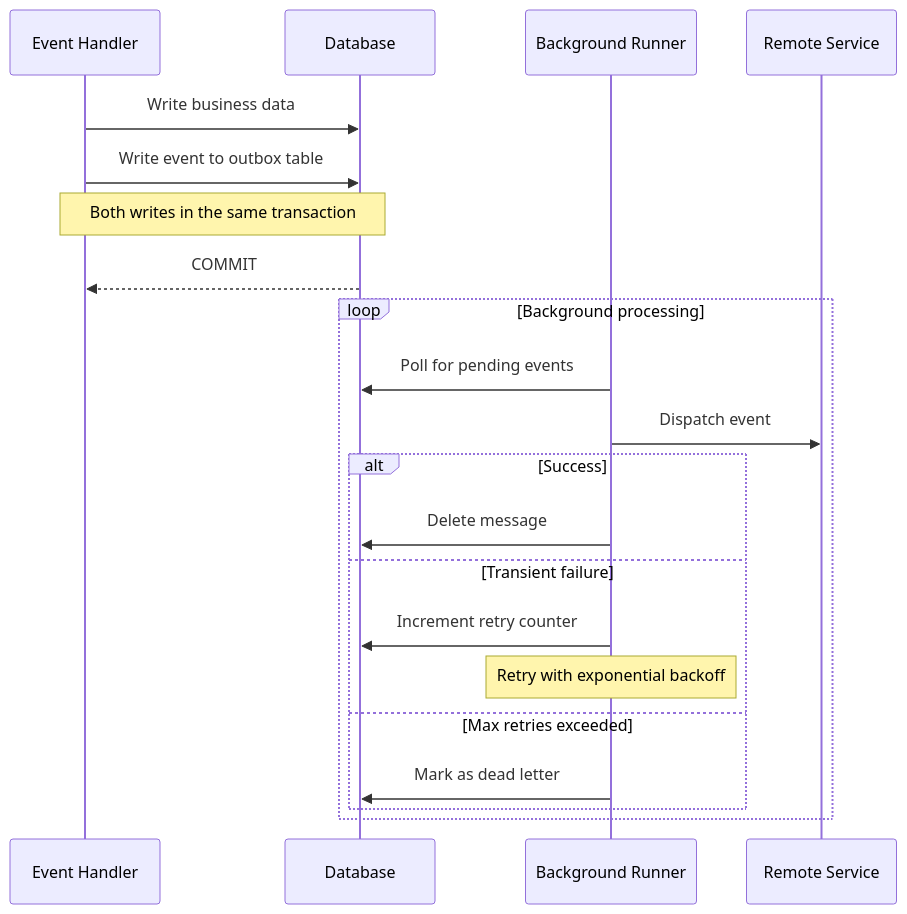
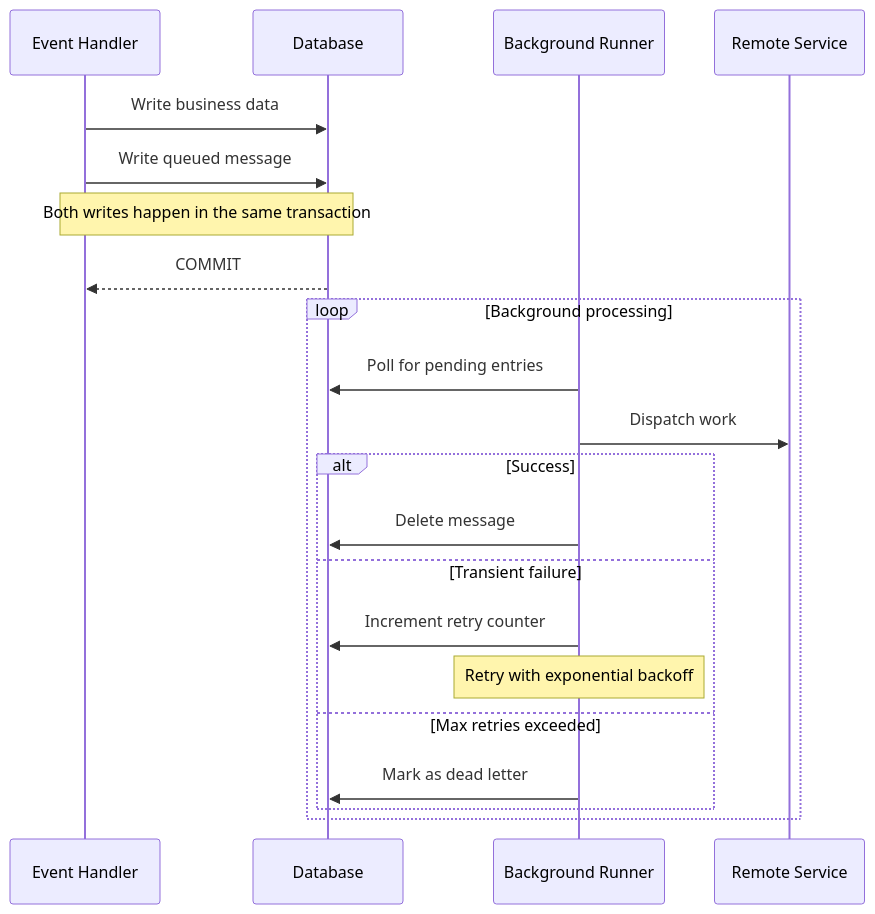
The second of 7 diagrams in guides/events/event-queues-new.md (capire/docs), drawn with Mermaid before and after one commit. The commit also changed other lines of this file, not shown here.

````diff
--- a/guides/events/event-queues-new.md
+++ b/guides/events/event-queues-new.md
@@ -53,25 +103,25 @@
 ```mermaid
 sequenceDiagram
     participant H as Event Handler
     participant DB as Database
     participant R as Background Runner
     participant S as Remote Service
 
     H->>DB: Write business data
-    H->>DB: Write event to outbox table
-    Note over H,DB: Both writes in the same transaction
+    H->>DB: Write queued message
+    Note over H,DB: Both writes happen in the same transaction
     DB-->>H: COMMIT
 
     loop Background processing
-        R->>DB: Poll for pending events
-        R->>S: Dispatch event
+        R->>DB: Poll for pending entries
+        R->>S: Dispatch work
         alt Success
             R->>DB: Delete message
         else Transient failure
             R->>DB: Increment retry counter
             Note over R: Retry with exponential backoff
         else Max retries exceeded
             R->>DB: Mark as dead letter
         end
     end
 ```
````
